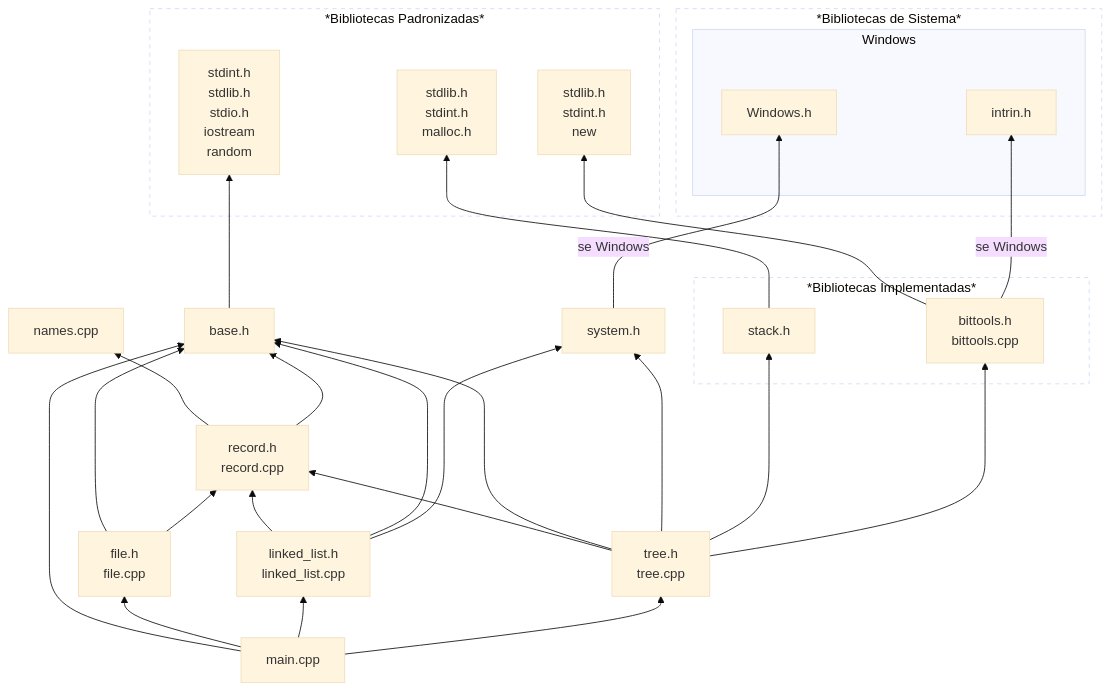
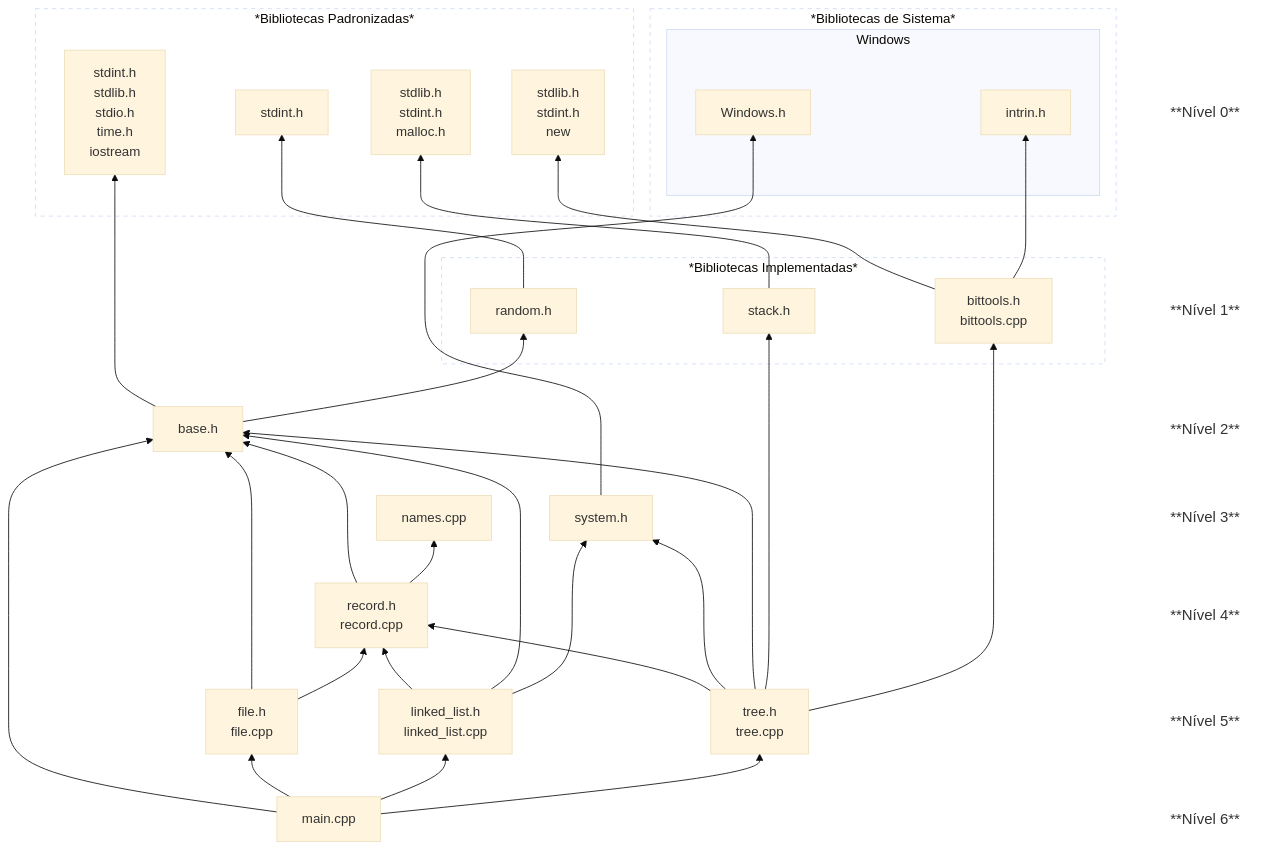
The diagram in README.md (alan-b-lima/Binary_Tree), drawn with Mermaid (base theme) before and after one commit. The commit also changed other lines of this file and 2 other files, not shown here.

Commit message:
README update and small (but critical) fixes

````diff
--- a/README.md
+++ b/README.md
@@ -486,6 +63,6 @@
 ```mermaid
 flowchart BT;
-   
+
    subgraph syslibs[*Bibliotecas de Sistema*]
       subgraph Windows
          Windows.h
@@ -494,26 +71,14 @@
    end
    
    subgraph stdlibs[*Bibliotecas Padronizadas*]
-      bittools_incl[
-         stdlib.h
-         stdint.h
-         new
-      ]
-      stack_incl[
-         stdlib.h
-         stdint.h
-         malloc.h
-      ]
-      base_incl[
-         stdint.h
-         stdlib.h
-         stdio.h
-         iostream
-         random
-      ]
+      base_incl[stdint.h <br> stdlib.h <br> stdio.h <br> time.h <br> iostream]
+      stack_incl[stdlib.h <br> stdint.h <br> malloc.h]
+      bittools_incl[stdlib.h <br> stdint.h <br> new]
+      random_incl[stdint.h]
    end
 
    subgraph usrlibs[*Bibliotecas Implementadas*]
+      random.h
       stack.h
       bittools.h
    end
@@ -544,16 +109,19 @@
    ]
 
    base.h --> base_incl
+   base.h --> random.h
 
-   system.h -- "se Windows" --> Windows.h
+   system.h --> Windows.h
       
+   random.h --> random_incl
+
    stack.h --> stack_incl
 
    bittools.h --> bittools_incl
-   bittools.h -- "se Windows" --> intrin.h
+   bittools.h --> intrin.h
 
+   record.h ---> base.h
    record.h --> names.cpp
-   record.h --> base.h
    
    file.h --> base.h
    file.h --> record.h
@@ -563,8 +131,8 @@
    linked_list.h ---> system.h
    
    tree.h --> record.h
+   tree.h ---> system.h
    tree.h --> base.h
-   tree.h ---> system.h
    tree.h ---> stack.h
    tree.h ---> bittools.h
 
@@ -576,4 +144,22 @@
    style syslibs fill:#0000, stroke-dasharray: 5
    style stdlibs fill:#0000, stroke-dasharray: 5
    style usrlibs fill:#0000, stroke-dasharray: 5
+
+   l6:::level ~~~ 
+   l5:::level ~~~
+   l4:::level ~~~
+   l3:::level ~~~
+   l2:::level ~~~
+   l1:::level ~~~
+   l0:::level
+
+   l0["**Nível 0**"]
+   l1["**Nível 1**"]
+   l2["**Nível 2**"]
+   l3["**Nível 3**"]
+   l4["**Nível 4**"]
+   l5["**Nível 5**"]
+   l6["**Nível 6**"]
+
+   classDef level fill:#0000,stroke:#0000,font-size:large
 ```
````
